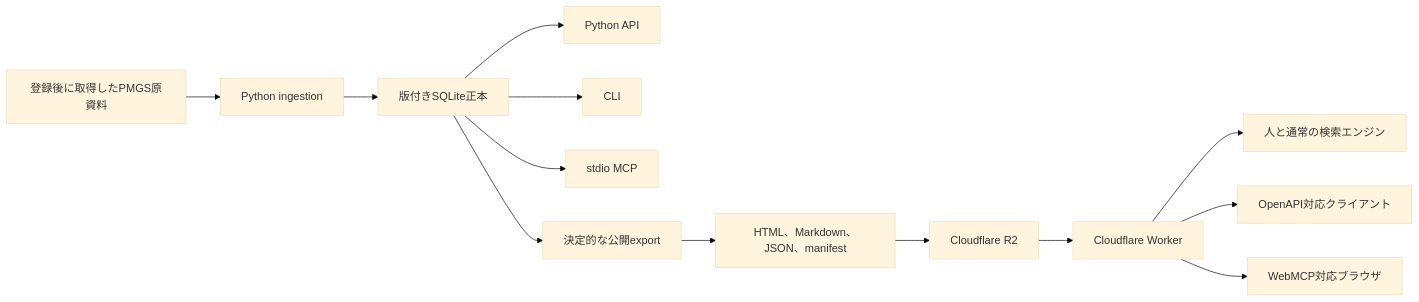
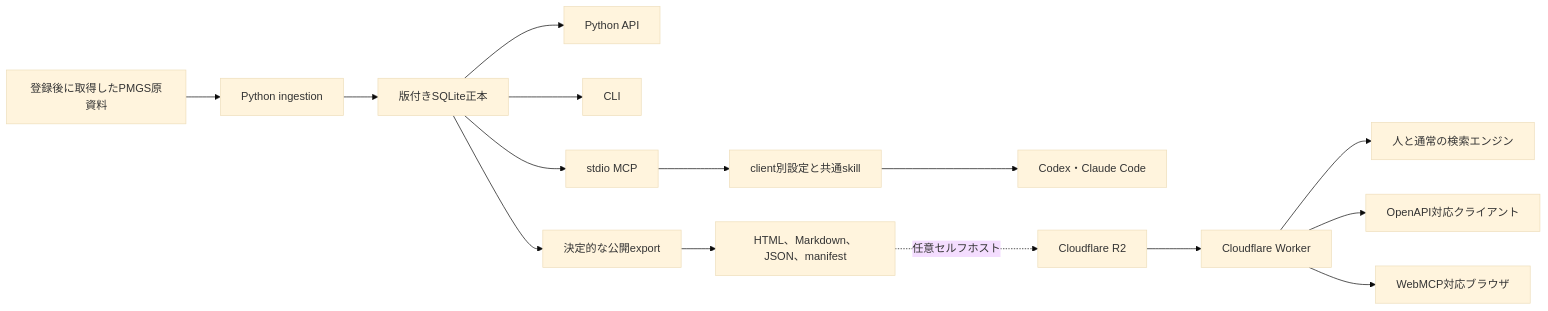
Before and after one commit to Nagi-Inaba/pmgs-reference: the diagram in docs/architecture.md, drawn with Mermaid (base theme). The commit also changed other lines of this file and 38 other files, not shown here.

````diff
--- a/docs/architecture.md
+++ b/docs/architecture.md
@@ -11,15 +13,17 @@
 ```mermaid
 flowchart LR
     A["登録後に取得したPMGS原資料"] --> B["Python ingestion"]
     B --> C["版付きSQLite正本"]
     C --> D["Python API"]
     C --> E["CLI"]
     C --> F["stdio MCP"]
+    F --> N["client別設定と共通skill"]
+    N --> O["Codex・Claude Code"]
     C --> G["決定的な公開export"]
     G --> H["HTML、Markdown、JSON、manifest"]
-    H --> I["Cloudflare R2"]
+    H -. "任意セルフホスト" .-> I["Cloudflare R2"]
     I --> J["Cloudflare Worker"]
     J --> K["人と通常の検索エンジン"]
     J --> L["OpenAPI対応クライアント"]
     J --> M["WebMCP対応ブラウザ"]
 ```
````
